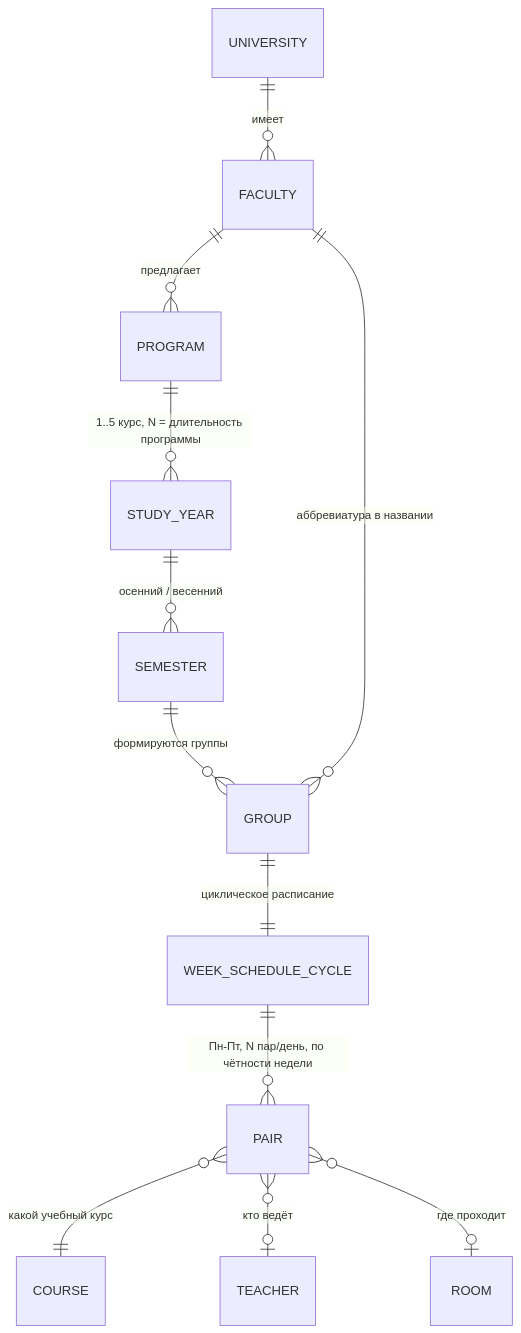
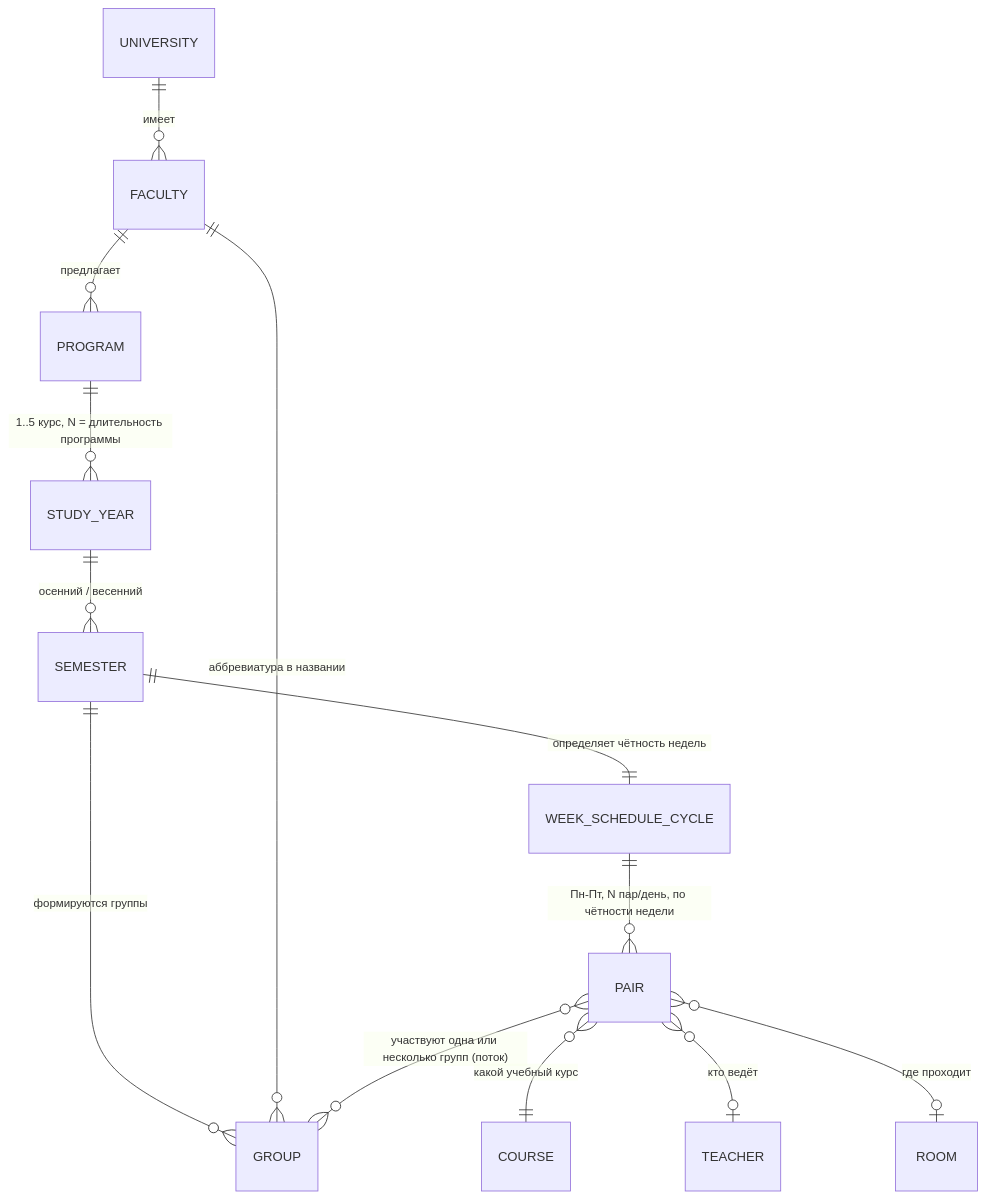
Before and after one commit to coungard/univer: the second of 4 diagrams in TARGET.md, drawn with Mermaid. The commit also changed other lines of this file, not shown here.

````diff
--- a/TARGET.md
+++ b/TARGET.md
@@ -62,14 +68,15 @@
 ```mermaid
 erDiagram
     UNIVERSITY ||--o{ FACULTY : "имеет"
     FACULTY ||--o{ PROGRAM : "предлагает"
     PROGRAM ||--o{ STUDY_YEAR : "1..5 курс, N = длительность программы"
     STUDY_YEAR ||--o{ SEMESTER : "осенний / весенний"
     SEMESTER ||--o{ GROUP : "формируются группы"
     FACULTY ||--o{ GROUP : "аббревиатура в названии"
-    GROUP ||--|| WEEK_SCHEDULE_CYCLE : "циклическое расписание"
+    SEMESTER ||--|| WEEK_SCHEDULE_CYCLE : "определяет чётность недель"
     WEEK_SCHEDULE_CYCLE ||--o{ PAIR : "Пн-Пт, N пар/день, по чётности недели"
+    PAIR }o--o{ GROUP : "участвуют одна или несколько групп (поток)"
     PAIR }o--|| COURSE : "какой учебный курс"
     PAIR }o--o| TEACHER : "кто ведёт"
     PAIR }o--o| ROOM : "где проходит"
 ```
````
